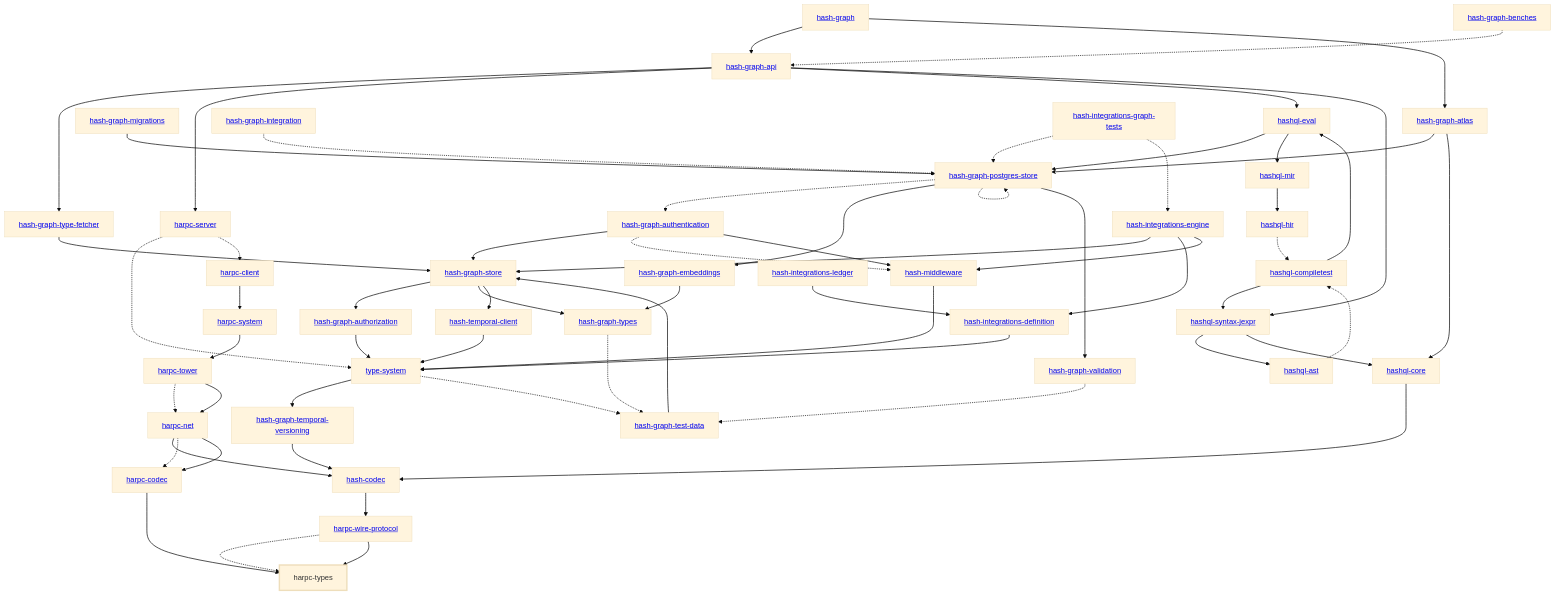
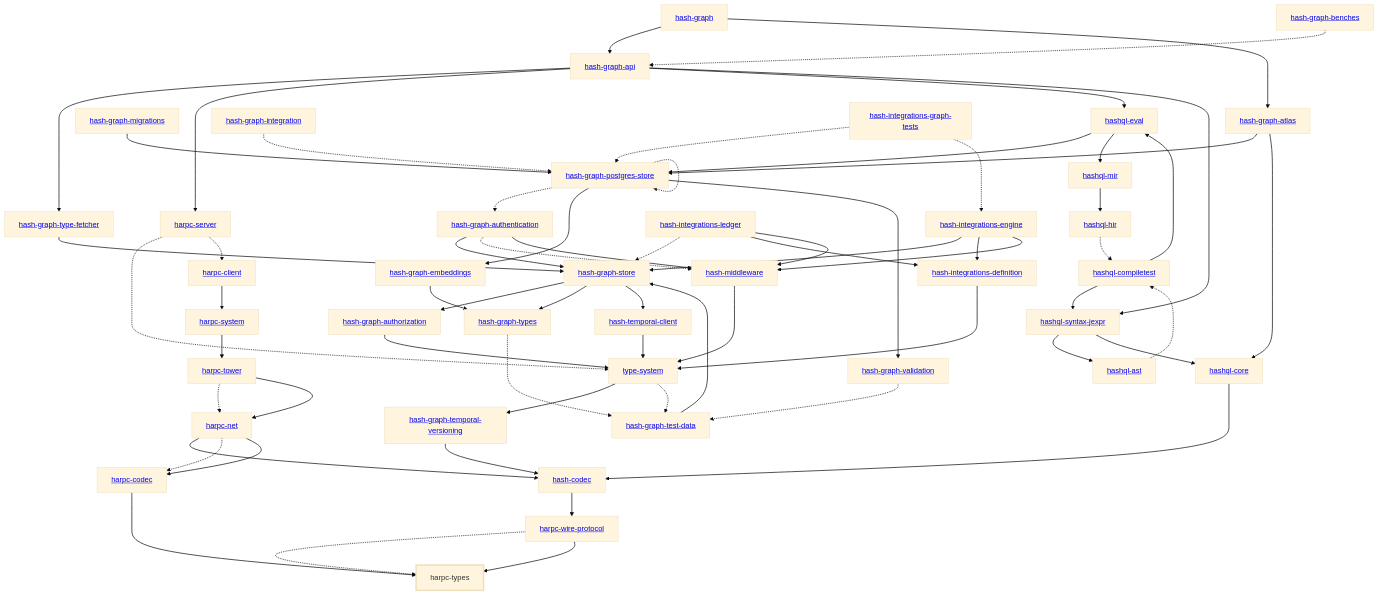
One commit to hashintel/hash changed the diagram in libs/@local/harpc/types/docs/dependency-diagram.mmd. Above: the diagram before and after it, drawn with Mermaid (base theme). The commit also changed 13 other files, not shown here.

Commit message:
Regenerate the dependency diagrams that include the ledger crate

```diff
--- a/libs/@local/harpc/types/docs/dependency-diagram.mmd
+++ b/libs/@local/harpc/types/docs/dependency-diagram.mmd
@@ -1,112 +1,114 @@
 graph TD
     linkStyle default stroke-width:1.5px
     classDef default stroke-width:1px
     classDef root stroke-width:3px
     classDef dev stroke-width:1px
     classDef build stroke-width:1px
     %% Legend
     %% --> : Normal dependency
     %% -.-> : Dev dependency
     %% ---> : Build dependency
     0[<a href="../hash_graph/index.html">hash-graph</a>]
     1[<a href="../type_system/index.html">type-system</a>]
     2[<a href="../hash_codec/index.html">hash-codec</a>]
     3[<a href="../hash_graph_api/index.html">hash-graph-api</a>]
     4[<a href="../hash_graph_atlas/index.html">hash-graph-atlas</a>]
     5[<a href="../hash_graph_authentication/index.html">hash-graph-authentication</a>]
     6[<a href="../hash_graph_authorization/index.html">hash-graph-authorization</a>]
     7[<a href="../hash_graph_embeddings/index.html">hash-graph-embeddings</a>]
     8[<a href="../hash_graph_migrations/index.html">hash-graph-migrations</a>]
     9[<a href="../hash_graph_postgres_store/index.html">hash-graph-postgres-store</a>]
     10[<a href="../hash_graph_store/index.html">hash-graph-store</a>]
     11[<a href="../hash_graph_temporal_versioning/index.html">hash-graph-temporal-versioning</a>]
     12[<a href="../hash_graph_type_fetcher/index.html">hash-graph-type-fetcher</a>]
     13[<a href="../hash_graph_types/index.html">hash-graph-types</a>]
     14[<a href="../hash_graph_validation/index.html">hash-graph-validation</a>]
     15[<a href="../harpc_client/index.html">harpc-client</a>]
     16[<a href="../harpc_codec/index.html">harpc-codec</a>]
     17[<a href="../harpc_net/index.html">harpc-net</a>]
     18[<a href="../harpc_server/index.html">harpc-server</a>]
     19[<a href="../harpc_system/index.html">harpc-system</a>]
     20[<a href="../harpc_tower/index.html">harpc-tower</a>]
     21[harpc-types]
     class 21 root
     22[<a href="../harpc_wire_protocol/index.html">harpc-wire-protocol</a>]
     23[<a href="../hashql_ast/index.html">hashql-ast</a>]
     24[<a href="../hashql_compiletest/index.html">hashql-compiletest</a>]
     25[<a href="../hashql_core/index.html">hashql-core</a>]
     26[<a href="../hashql_eval/index.html">hashql-eval</a>]
     27[<a href="../hashql_hir/index.html">hashql-hir</a>]
     28[<a href="../hashql_mir/index.html">hashql-mir</a>]
     29[<a href="../hashql_syntax_jexpr/index.html">hashql-syntax-jexpr</a>]
     30[<a href="../hash_integrations_definition/index.html">hash-integrations-definition</a>]
     31[<a href="../hash_integrations_engine/index.html">hash-integrations-engine</a>]
     32[<a href="../hash_integrations_ledger/index.html">hash-integrations-ledger</a>]
     33[<a href="../hash_middleware/index.html">hash-middleware</a>]
     34[<a href="../hash_temporal_client/index.html">hash-temporal-client</a>]
     35[<a href="../hash_graph_benches/index.html">hash-graph-benches</a>]
     36[<a href="../hash_graph_integration/index.html">hash-graph-integration</a>]
     37[<a href="../hash_graph_test_data/index.html">hash-graph-test-data</a>]
     38[<a href="../hash_integrations_graph_tests/index.html">hash-integrations-graph-tests</a>]
     0 --> 3
     0 --> 4
     1 --> 11
     1 -.-> 37
     2 --> 22
     3 --> 12
     3 --> 18
     3 --> 26
     3 --> 29
     4 --> 9
     4 --> 25
     5 --> 10
     5 -.-> 33
     5 --> 33
     6 --> 1
     7 --> 13
     8 --> 9
     9 -.-> 5
     9 --> 7
     9 -.-> 9
     9 --> 14
     10 --> 6
     10 --> 13
     10 --> 34
     11 --> 2
     12 --> 10
     13 -.-> 37
     14 -.-> 37
     15 --> 19
     16 --> 21
     17 --> 2
     17 -.-> 16
     17 --> 16
     18 -.-> 1
     18 -.-> 15
     19 --> 20
     20 -.-> 17
     20 --> 17
     22 -.-> 21
     22 --> 21
     23 -.-> 24
     24 --> 26
     24 --> 29
     25 --> 2
     26 --> 9
     26 --> 28
     27 -.-> 24
     28 --> 27
     29 --> 23
     29 --> 25
     30 --> 1
     31 --> 10
     31 --> 30
     31 --> 33
+    32 -.-> 10
     32 --> 30
+    32 --> 33
     33 --> 1
     34 --> 1
     35 -.-> 3
     36 -.-> 9
     37 --> 10
     38 -.-> 9
     38 -.-> 31
```
